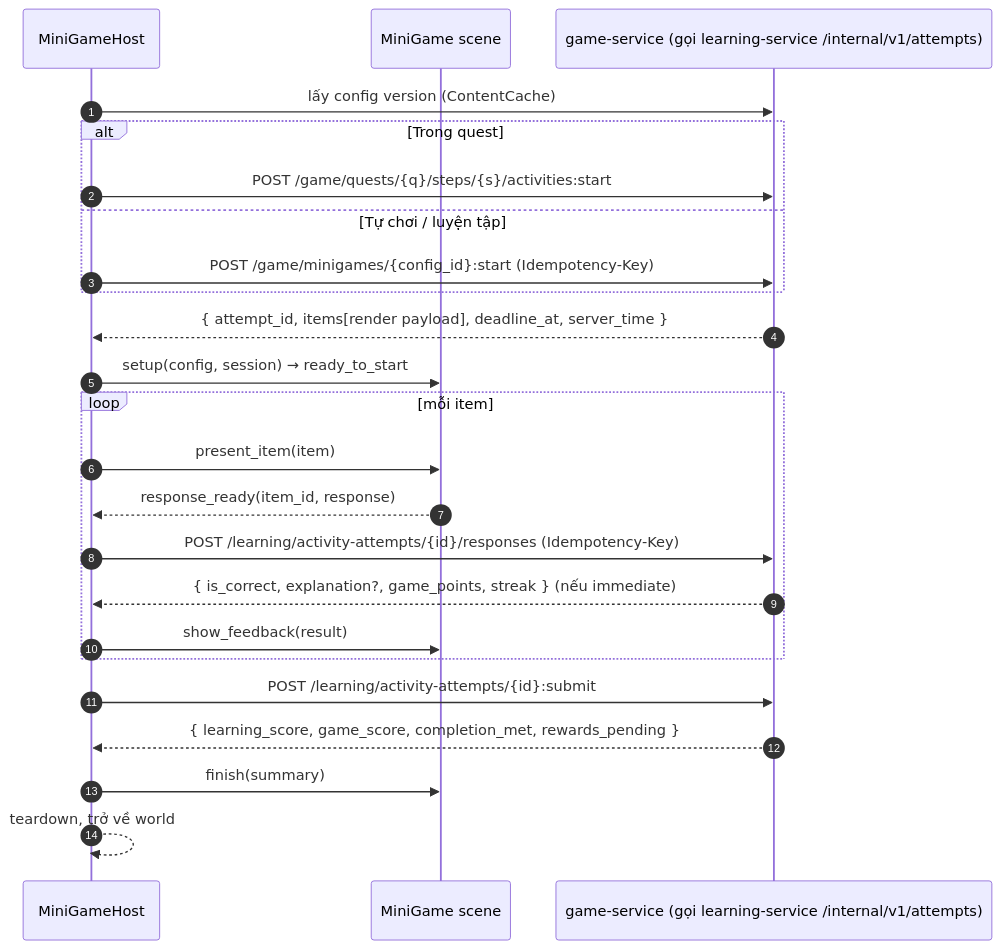
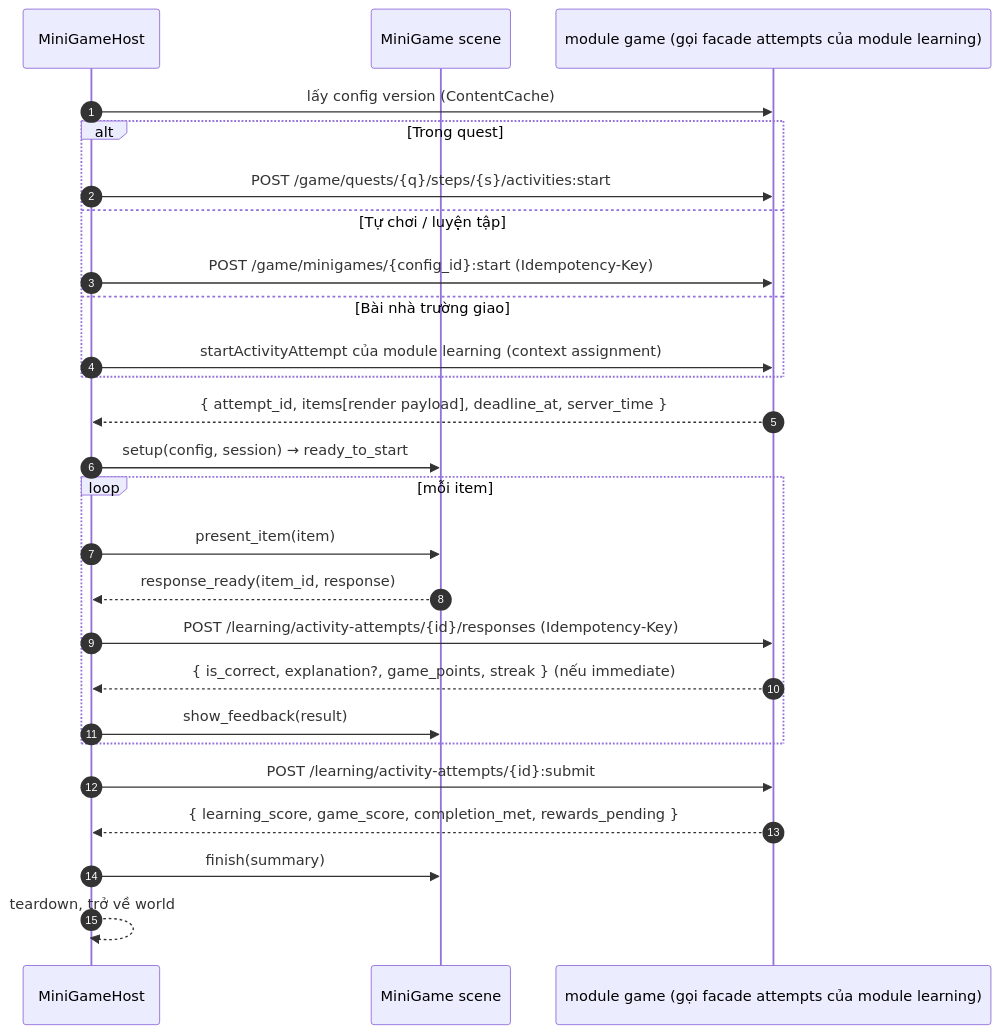
The second of 2 diagrams in docs/08-game-client/MINIGAME_ENGINE.md (tanguyen2020/eduworld-platform), drawn with Mermaid before and after one commit. The commit also changed other lines of this file and 922 other files, not shown here.

````diff
--- a/docs/08-game-client/MINIGAME_ENGINE.md
+++ b/docs/08-game-client/MINIGAME_ENGINE.md
@@ -120,26 +122,28 @@
 ```mermaid
 sequenceDiagram
   autonumber
   participant H as MiniGameHost
   participant S as MiniGame scene
-  participant API as game-service (gọi learning-service /internal/v1/attempts)
+  participant API as module game (gọi facade attempts của module learning)
   H->>API: lấy config version (ContentCache)
   alt Trong quest
     H->>API: POST /game/quests/{q}/steps/{s}/activities:start
   else Tự chơi / luyện tập
     H->>API: POST /game/minigames/{config_id}:start (Idempotency-Key)
+  else Bài nhà trường giao
+    H->>API: startActivityAttempt của module learning (context assignment)
   end
   API-->>H: { attempt_id, items[render payload], deadline_at, server_time }
   H->>S: setup(config, session) → ready_to_start
   loop mỗi item
     H->>S: present_item(item)
     S-->>H: response_ready(item_id, response)
     H->>API: POST /learning/activity-attempts/{id}/responses (Idempotency-Key)
     API-->>H: { is_correct, explanation?, game_points, streak } (nếu immediate)
     H->>S: show_feedback(result)
   end
   H->>API: POST /learning/activity-attempts/{id}:submit
   API-->>H: { learning_score, game_score, completion_met, rewards_pending }
   H->>S: finish(summary)
   H-->>H: teardown, trở về world
 ```
````
